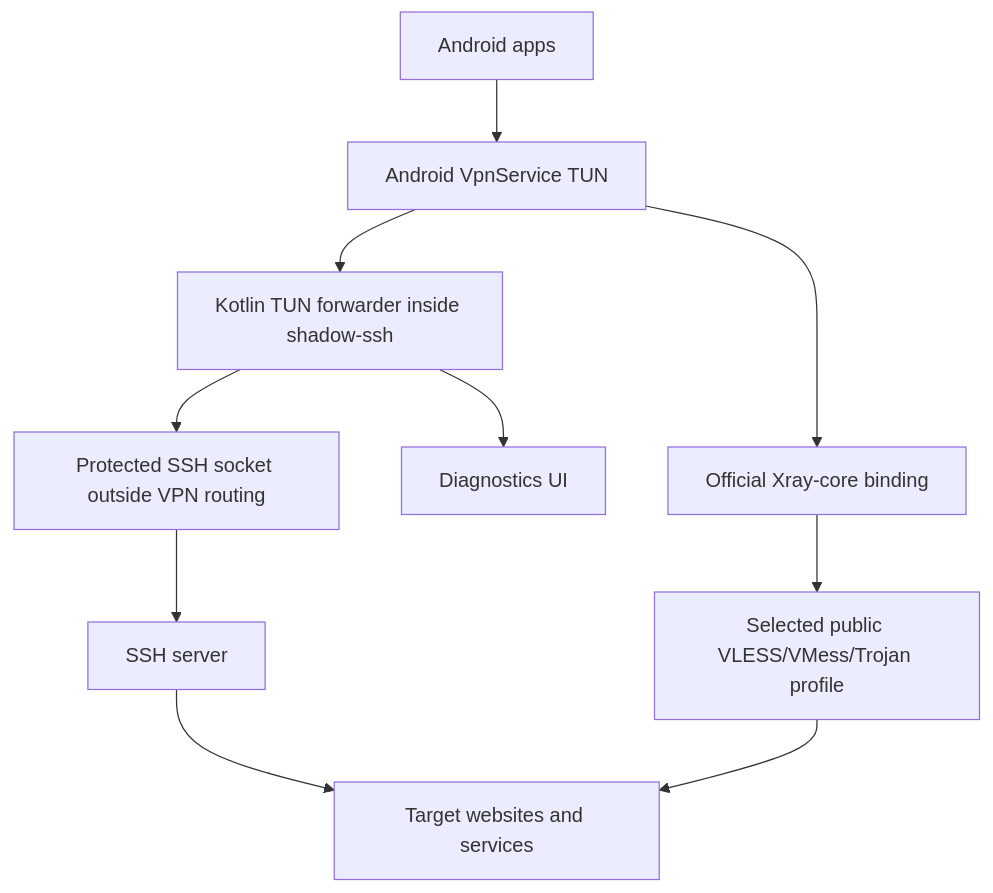
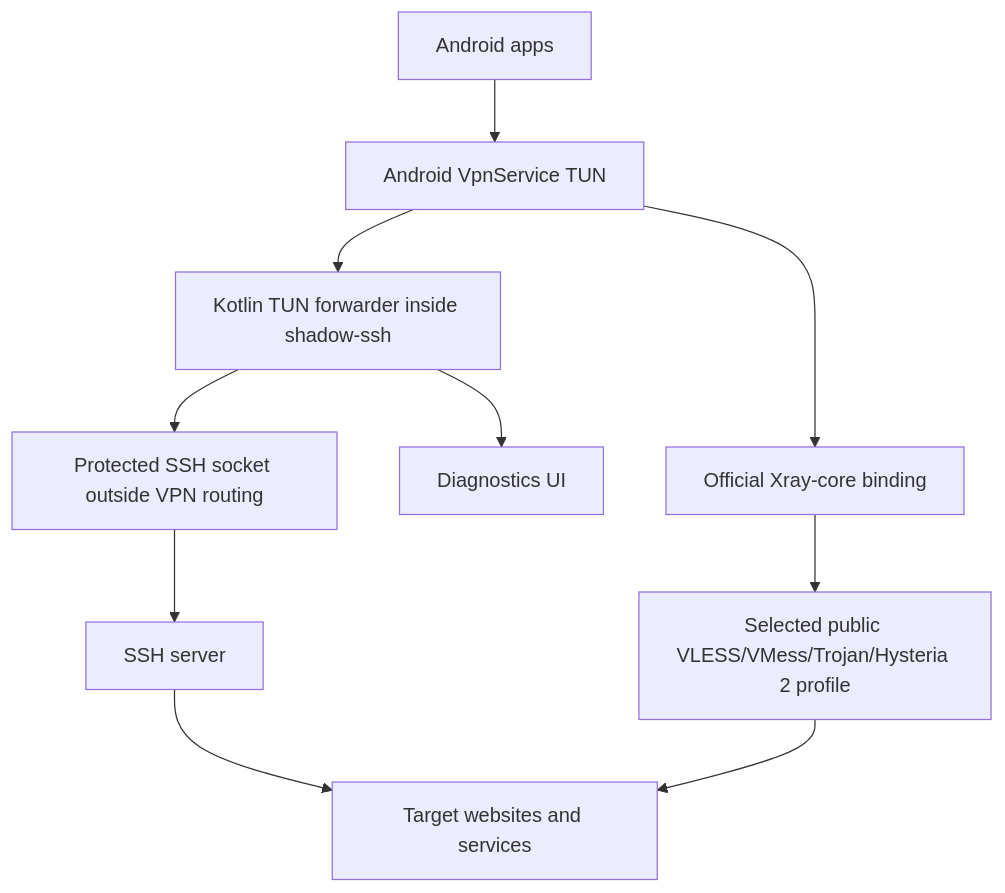
The first of 2 diagrams in README_SA.md (stansful/ssh-vpn-client-kotlin), drawn with Mermaid before and after one commit. The commit also changed other lines of this file and 26 other files, not shown here.

````diff
--- a/README_SA.md
+++ b/README_SA.md
@@ -25,12 +25,12 @@
 ```mermaid
 flowchart TD
     A["Android apps"] --> B["Android VpnService TUN"]
     B --> C["Kotlin TUN forwarder inside shadow-ssh"]
     C --> D["Protected SSH socket outside VPN routing"]
     D --> E["SSH server"]
     E --> F["Target websites and services"]
     C --> G["Diagnostics UI"]
     B --> H["Official Xray-core binding"]
-    H --> I["Selected public VLESS/VMess/Trojan profile"]
+    H --> I["Selected public VLESS/VMess/Trojan/Hysteria 2 profile"]
     I --> F
 ```
````
